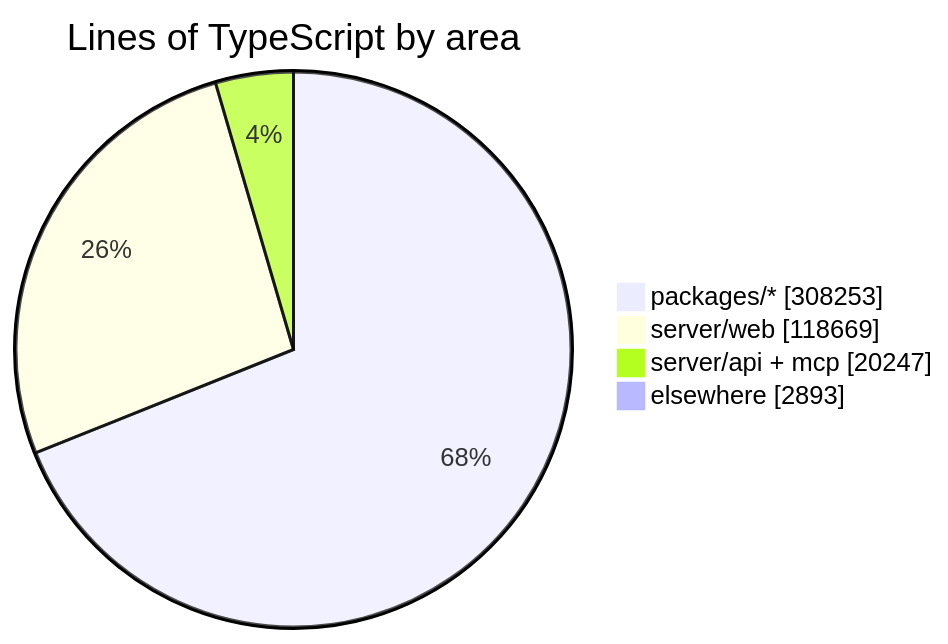
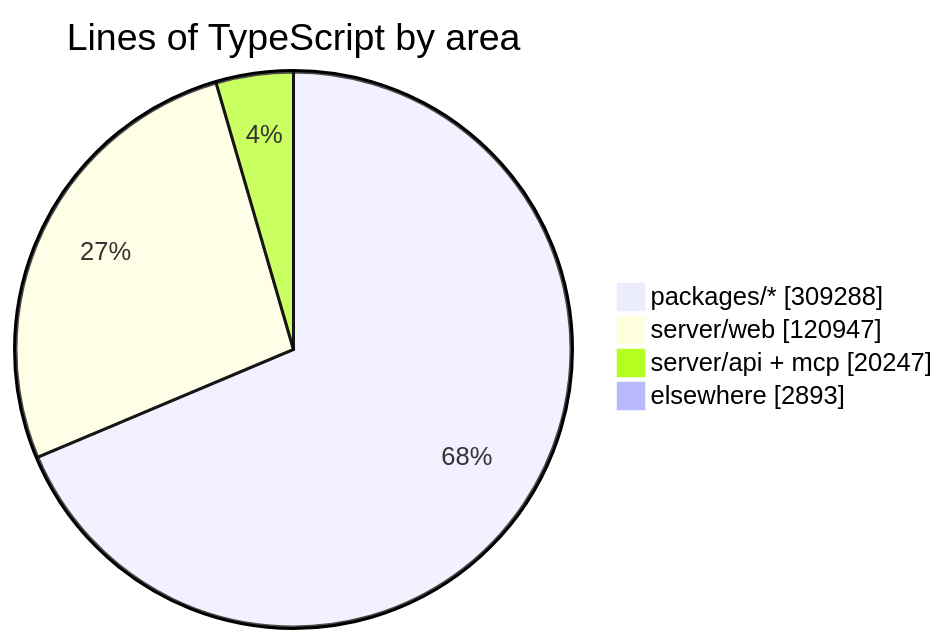
One commit to crossworks-engineering/mantle changed the diagram in README.md. Above: the diagram before and after it, drawn with Mermaid. The commit also changed other lines of this file and 2 other files, not shown here.

````diff
--- a/README.md
+++ b/README.md
@@ -294,7 +294,7 @@
 ```mermaid
 pie showData title Lines of TypeScript by area
-    "packages/*" : 308253
-    "server/web" : 118669
+    "packages/*" : 309288
+    "server/web" : 120947
     "server/api + mcp" : 20247
     "elsewhere" : 2893
 ```
````
